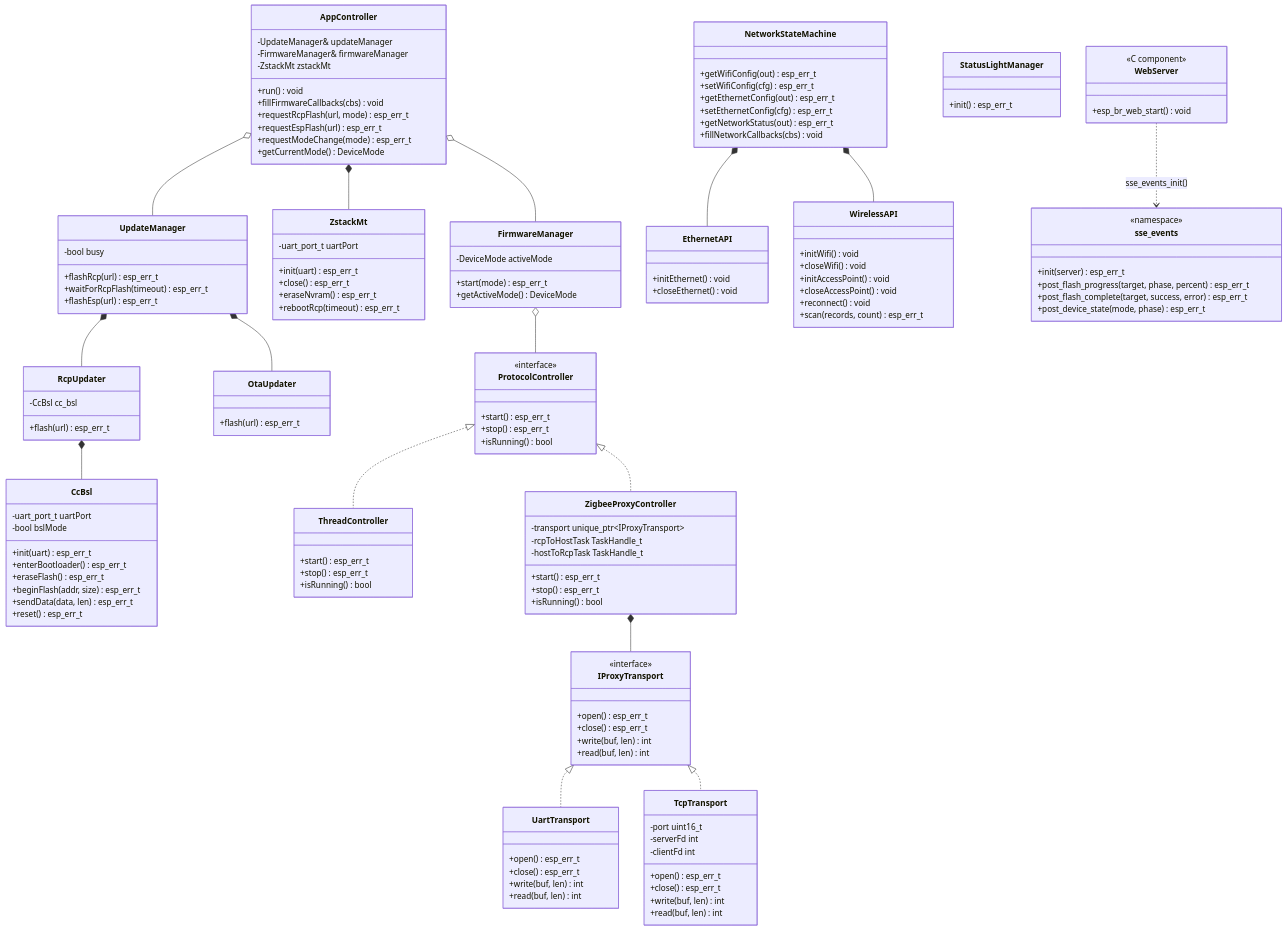
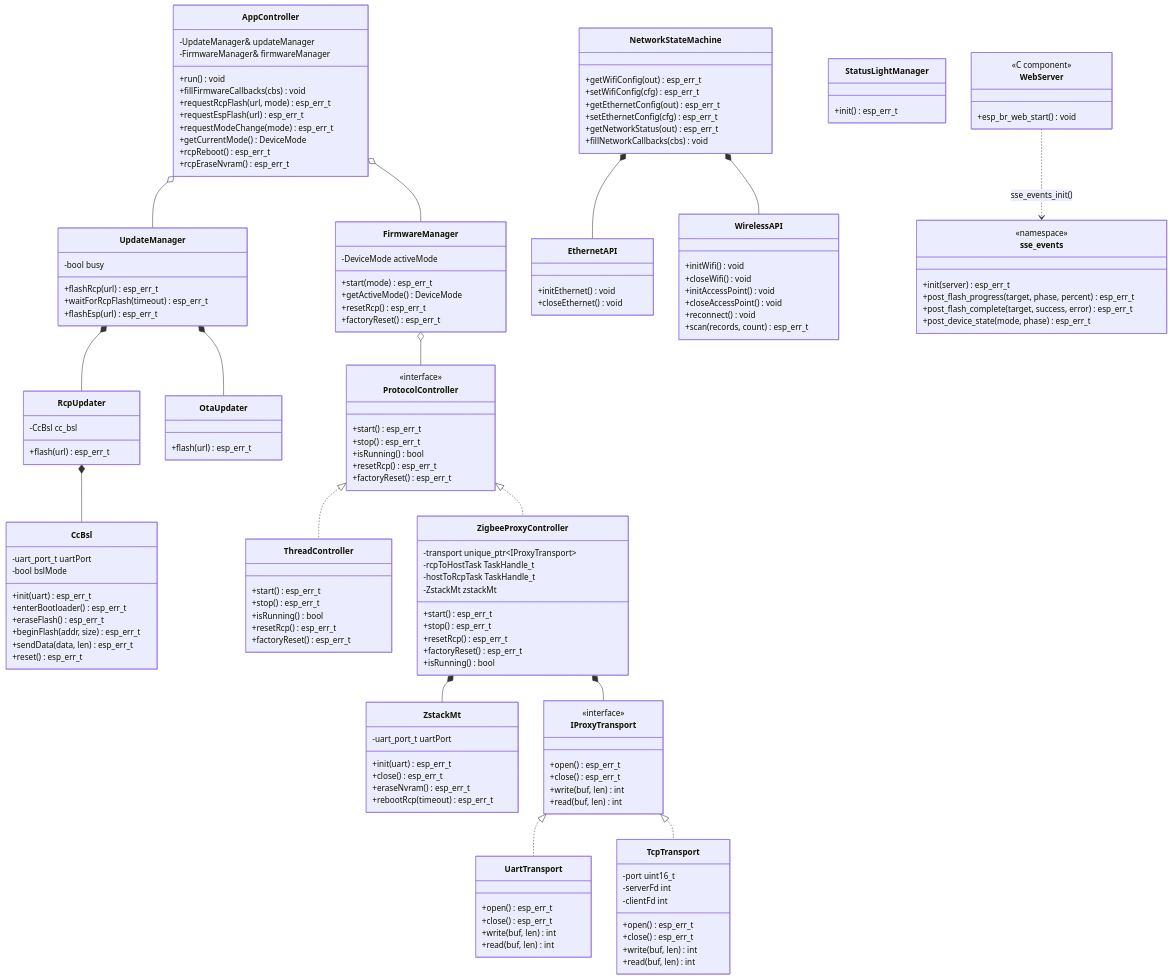
One commit to codm/czc-unified changed the second of 3 diagrams in README.md. Above: the diagram before and after it, drawn with Mermaid. The commit also changed other lines of this file and 15 other files, not shown here.

```diff
--- a/README.md
+++ b/README.md
@@ -441,13 +463,14 @@
     class AppController {
         -UpdateManager& updateManager
         -FirmwareManager& firmwareManager
-        -ZstackMt zstackMt
         +run() void
         +fillFirmwareCallbacks(cbs) void
         +requestRcpFlash(url, mode) esp_err_t
         +requestEspFlash(url) esp_err_t
         +requestModeChange(mode) esp_err_t
         +getCurrentMode() DeviceMode
+        +rcpReboot() esp_err_t
+        +rcpEraseNvram() esp_err_t
     }
 
     class UpdateManager {
@@ -485,6 +508,8 @@
         -DeviceMode activeMode
         +start(mode) esp_err_t
         +getActiveMode() DeviceMode
+        +resetRcp() esp_err_t
+        +factoryReset() esp_err_t
     }
 
     %% ── Interface Layer 1: Protocol lifecycle ──────────────────────────
@@ -493,18 +518,25 @@
         +start() esp_err_t
         +stop() esp_err_t
         +isRunning() bool
+        +resetRcp() esp_err_t
+        +factoryReset() esp_err_t
     }
     class ThreadController {
         +start() esp_err_t
         +stop() esp_err_t
         +isRunning() bool
+        +resetRcp() esp_err_t
+        +factoryReset() esp_err_t
     }
     class ZigbeeProxyController {
         -transport unique_ptr~IProxyTransport~
         -rcpToHostTask TaskHandle_t
         -hostToRcpTask TaskHandle_t
+        -ZstackMt zstackMt
         +start() esp_err_t
         +stop() esp_err_t
+        +resetRcp() esp_err_t
+        +factoryReset() esp_err_t
         +isRunning() bool
     }
 
@@ -571,7 +603,6 @@
 
     AppController o-- UpdateManager
     AppController o-- FirmwareManager
-    AppController *-- ZstackMt
     UpdateManager *-- RcpUpdater
     UpdateManager *-- OtaUpdater
     RcpUpdater *-- CcBsl
@@ -581,6 +612,7 @@
     ProtocolController <|.. ZigbeeProxyController
 
     ZigbeeProxyController *-- IProxyTransport
+    ZigbeeProxyController *-- ZstackMt
     IProxyTransport <|.. UartTransport
     IProxyTransport <|.. TcpTransport
 
```
